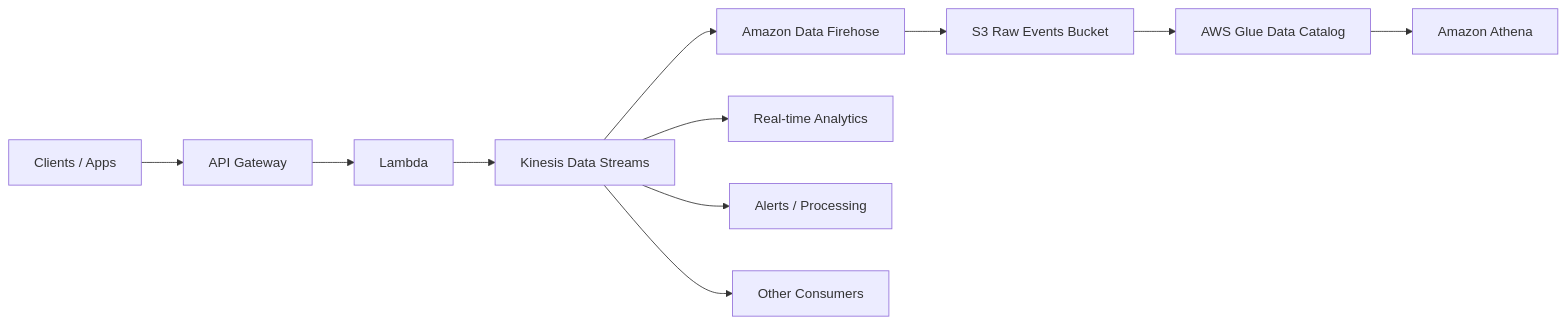
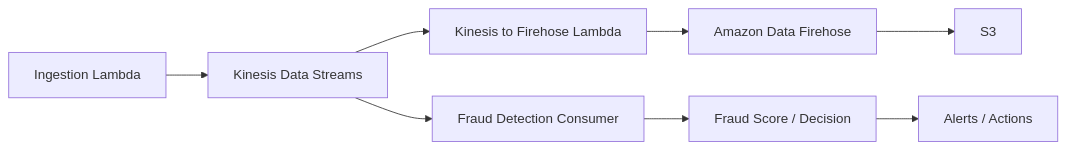
The second of 2 diagrams in docs/event-collector-service/README.md (nitinsharma74/floci-aws-setup), drawn with Mermaid before and after one commit. The commit also changed other lines of this file and 7 other files, not shown here.

````diff
--- a/docs/event-collector-service/README.md
+++ b/docs/event-collector-service/README.md
@@ -132,15 +1000,12 @@
 ```mermaid
 flowchart LR
-    A[Clients / Apps] --> B[API Gateway]
-    B --> C[Lambda]
-    C --> D[Kinesis Data Streams]
+    A[Ingestion Lambda] --> B[Kinesis Data Streams]
 
-    D --> E[Amazon Data Firehose]
-    E --> F[S3 Raw Events Bucket]
-    F --> G[AWS Glue Data Catalog]
-    G --> H[Amazon Athena]
+    B --> C[Kinesis to Firehose Lambda]
+    C --> D[Amazon Data Firehose]
+    D --> E[S3]
 
-    D --> I[Real-time Analytics]
-    D --> J[Alerts / Processing]
-    D --> K[Other Consumers]
+    B --> F[Fraud Detection Consumer]
+    F --> G[Fraud Score / Decision]
+    G --> H[Alerts / Actions]
 ```
````
